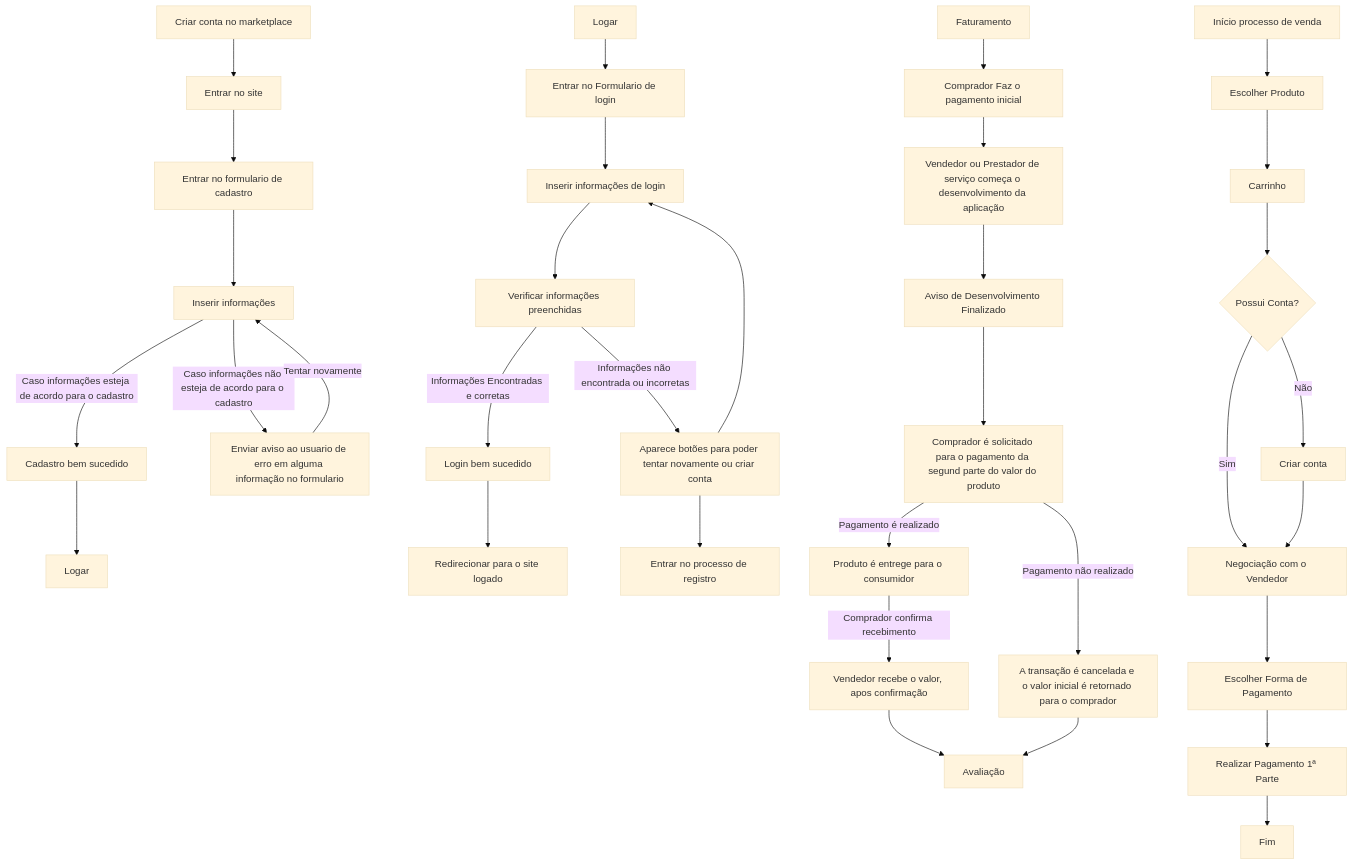
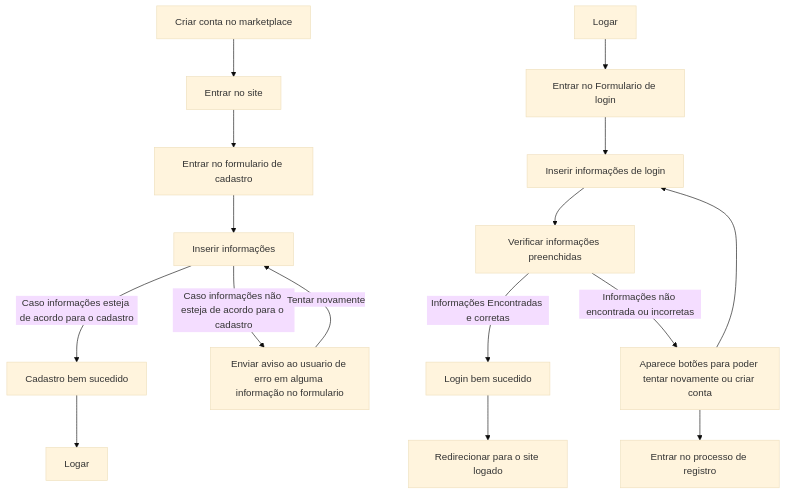
The first of 3 diagrams in Lab/Lab1.md (giovanni1351/EngenhariaDeSoftwareProjeto), drawn with Mermaid (base theme) before and after one commit.

````diff
--- a/Lab/Lab1.md
+++ b/Lab/Lab1.md
@@ -49,48 +49,20 @@
 ```mermaid
 graph TD;
     A[Criar conta no marketplace]-->B[Entrar no site];
     B-->C[Entrar no formulario de cadastro];
     C-->D[Inserir informações];
     D-->|Caso informações esteja de acordo para o cadastro|E[Cadastro bem sucedido];
     D-->|Caso informações não esteja de acordo para o cadastro|G[Enviar aviso ao usuario de erro em alguma informação no formulario];
     G-->|Tentar novamente|D;
     E-->F[Logar];
 
 
     Logar[Logar]--> EntrarForm[Entrar no Formulario de login];
     EntrarForm --> InserirInfos[Inserir informações de login];
     InserirInfos --> Verifica[ Verificar informações preenchidas];
     Verifica --> |Informações Encontradas e corretas| LogarCorreto[Login bem sucedido]
     LogarCorreto--> Redirect[Redirecionar para o site logado]
     Verifica --> |Informações não encontrada ou incorretas| MensagemDeErroLogin[Aparece botões para poder tentar novamente ou criar conta]
     MensagemDeErroLogin-->InserirInfos;
     MensagemDeErroLogin-->RedirectRegistro[Entrar no processo de registro];
-
-    Fat[Faturamento]-->PagamentoInicial[Comprador Faz o pagamento inicial]
-    PagamentoInicial --> InicioDoDesenvolvimento[Vendedor ou Prestador de serviço começa o desenvolvimento da aplicação]
-    InicioDoDesenvolvimento--> FimDoDev[Aviso de Desenvolvimento Finalizado]
-    FimDoDev --> SolcitacaoPagamentoParte2[Comprador é solicitado para o pagamento da segund parte do valor do produto]
-    SolcitacaoPagamentoParte2 --> |Pagamento é realizado|EntregaProd[Produto é entrege para o consumidor]
-    SolcitacaoPagamentoParte2 -->|Pagamento não realizado| CancelamentoPorNaoPagamento[ A transação é cancelada e o valor inicial é retornado para o comprador]
-    EntregaProd -->|Comprador confirma recebimento| PagamentoAoVendedor[Vendedor recebe o valor, apos confirmação]
-    PagamentoAoVendedor--> Avaliacao[Avaliação]
-    CancelamentoPorNaoPagamento --> Avaliacao
-
-    
-    InicioVenda[Início processo de venda] --> EscolherProduto[Escolher Produto]
-    EscolherProduto --> Carrinho[Carrinho]
-    Carrinho --> VerificaExistenciaConta{Possui Conta?}
-    VerificaExistenciaConta -- Não --> Cadastrar[Criar conta]
-    VerificaExistenciaConta -- Sim --> Negociar[Negociação com o Vendedor]
-    Cadastrar --> Negociar
-    Negociar --> FormaPagamento[Escolher Forma de Pagamento]
-    FormaPagamento --> Pagar1[Realizar Pagamento 1ª Parte]
-    Pagar1 --> FimVenda[Fim]
-
-
-
-
-
-
-
 ```
````
